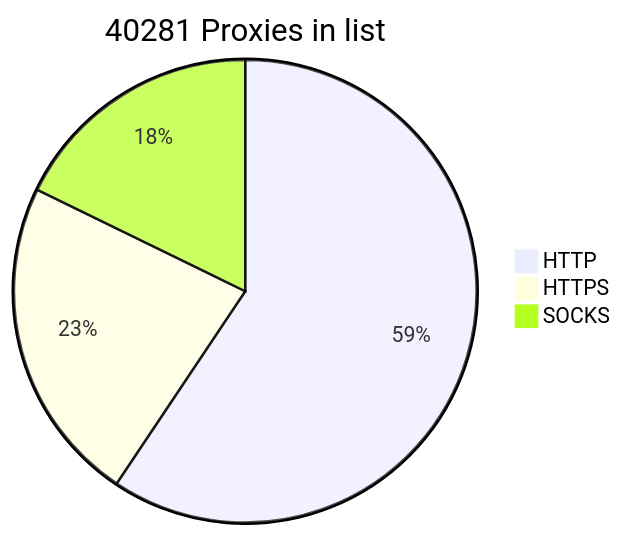
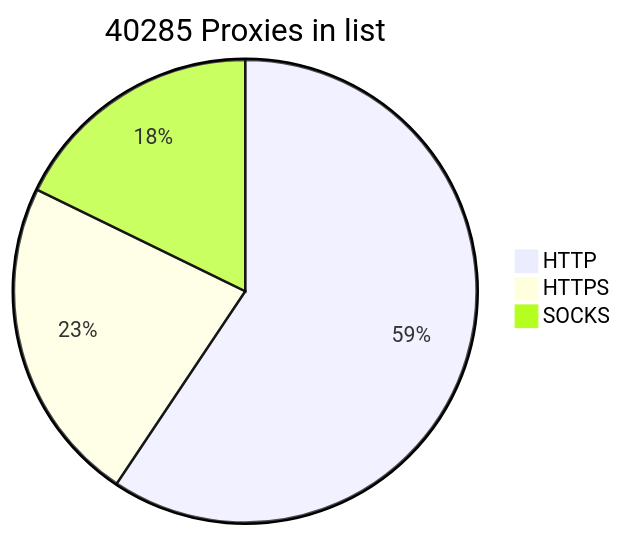
Before and after one commit to BlackSnowDot/proxylist-update-every-minute: the diagram in README.md, drawn with Mermaid.

````diff
--- a/README.md
+++ b/README.md
@@ -2,6 +2,6 @@
 ```mermaid
-pie title 40281 Proxies in list
+pie title 40285 Proxies in list
     "HTTP" : 28192
     "HTTPS": 10848
-    "SOCKS" : 8438
+    "SOCKS" : 8442
 ```
````
